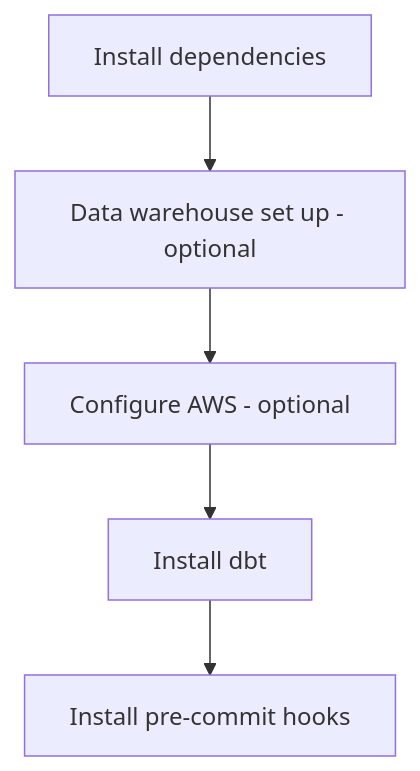
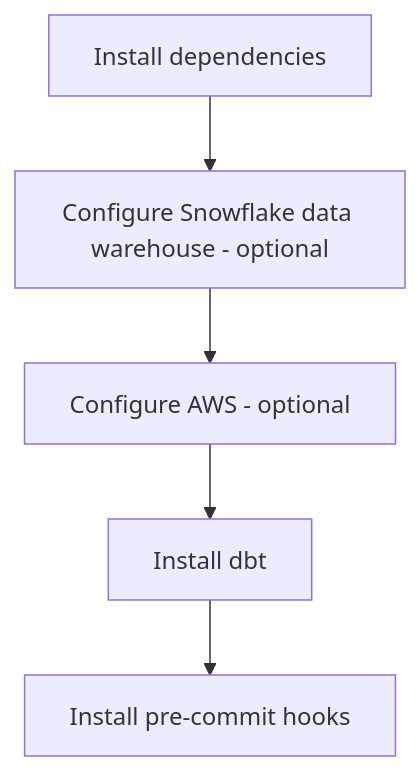
The diagram in docs/code/local-dev-setup.md (cagov/caldata-mdsa-training), drawn with Mermaid before and after one commit. The commit also changed other lines of this file, not shown here.

````diff
--- a/docs/code/local-dev-setup.md
+++ b/docs/code/local-dev-setup.md
@@ -7,10 +7,10 @@
 ```mermaid
 flowchart TD
     a[Install dependencies]
-    b[Data warehouse set up - optional]
+    b[Configure Snowflake data warehouse - optional]
     c[Configure AWS - optional]
     d[Install dbt]
     e[Install pre-commit hooks]
     a --> b --> c --> d --> e
 
 ```
````
